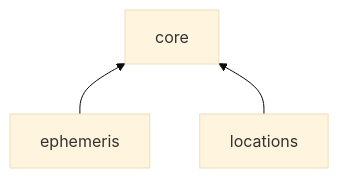
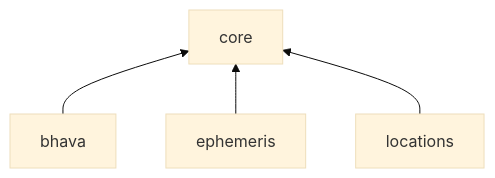
The first of 2 diagrams in MODULES.md (vgnshlvnz/kundli-app), drawn with Mermaid (base theme) before and after one commit. The commit also changed other lines of this file, not shown here.

Commit message:
docs: document bhava in MODULES.md

````diff
--- a/MODULES.md
+++ b/MODULES.md
@@ -20,6 +21,7 @@
 ```mermaid
 graph BT
+  bhava --> core
   core
   ephemeris --> core
   locations --> core
 ```
````
